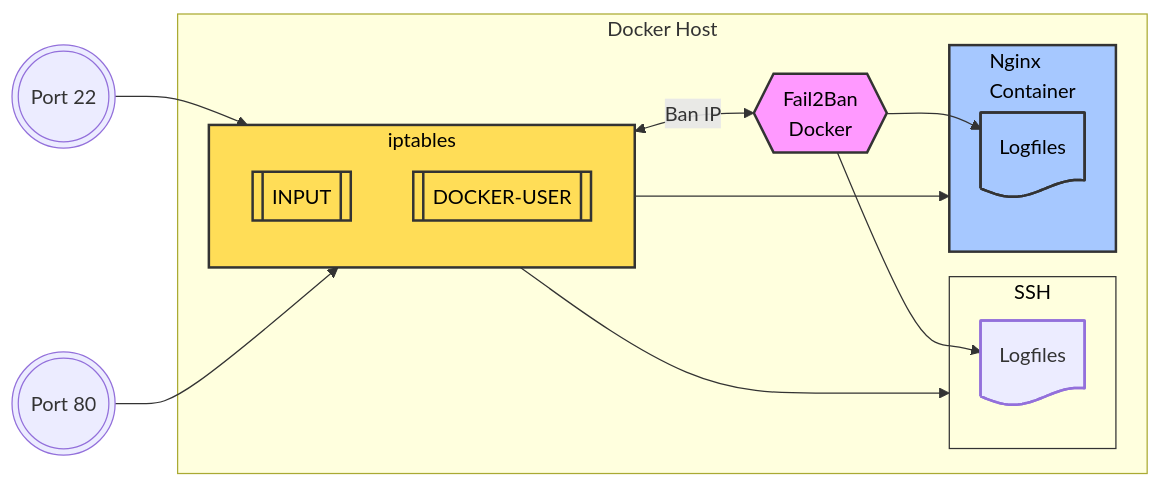
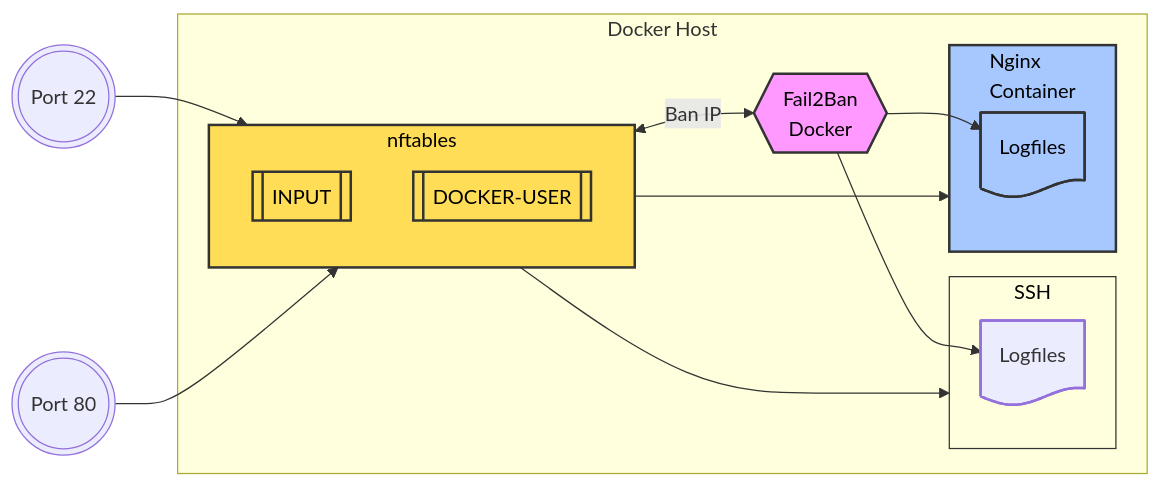
Before and after one commit to dinhngocdung/easyengine-notes: the diagram in content/notes/fail2ban.vi.md, drawn with Mermaid. The commit also changed other lines of this file and 2 other files, not shown here.

Commit message:
update nfttable note

````diff
--- a/content/notes/fail2ban.vi.md
+++ b/content/notes/fail2ban.vi.md
@@ -28,44 +28,44 @@
 ```mermaid
 flowchart LR
     %% Định nghĩa các thành phần
     subgraph Docker Host
-        subgraph iptables
+        subgraph nftables
         direction TB
             INPUT[[INPUT]]
             DOCKER-USER[[DOCKER-USER]]
         end
         Fail2Ban{{"Fail2Ban
         Docker"}}
                
         subgraph SSH
            SSHLogs@{ shape: doc, label: "Logfiles" }
         end       
         subgraph Docker["Nginx
         Container"]
         DockerLogs@{ shape: doc, label: "Logfiles" }
         end
     end
     
     %% Lưu lượng truy cập cổng 22
     in22(((Port 22))) --> INPUT
     INPUT --> SSH
     Fail2Ban --> SSHLogs
 
     %% Lưu lượng truy cập cổng 80
     in80(((Port 80))) --> DOCKER-USER
     DOCKER-USER --> Docker
     Fail2Ban --> DockerLogs
     
-    %% Fail2Ban tương tác với iptables (chặn IP)
-    iptables <-->|Ban IP| Fail2Ban
+    %% Fail2Ban tương tác với nftables (chặn IP)
+    nftables <-->|Ban IP| Fail2Ban
     
     %% Áp dụng màu sắc
-    style iptables fill:#FFDD57,stroke:#333,stroke-width:2px,color:#000  
+    style nftables fill:#FFDD57,stroke:#333,stroke-width:2px,color:#000  
     style Fail2Ban fill:#f9f,stroke:#333,stroke-width:2px,color:#000  
     style SSH stroke:#333,color:#000  
     style Docker fill:#A6C8FF,stroke:#333,stroke-width:2px,color:#000  
     style SSHLogs stroke-width:2px
     style DockerLogs fill:#A6C8FF,stroke:#333,stroke-width:2px,color:#000  
     style INPUT fill:#FFDD57,stroke:#333,stroke-width:2px,color:#000  
     style DOCKER-USER fill:#FFDD57,stroke:#333,stroke-width:2px,color:#000  
 ```
````
